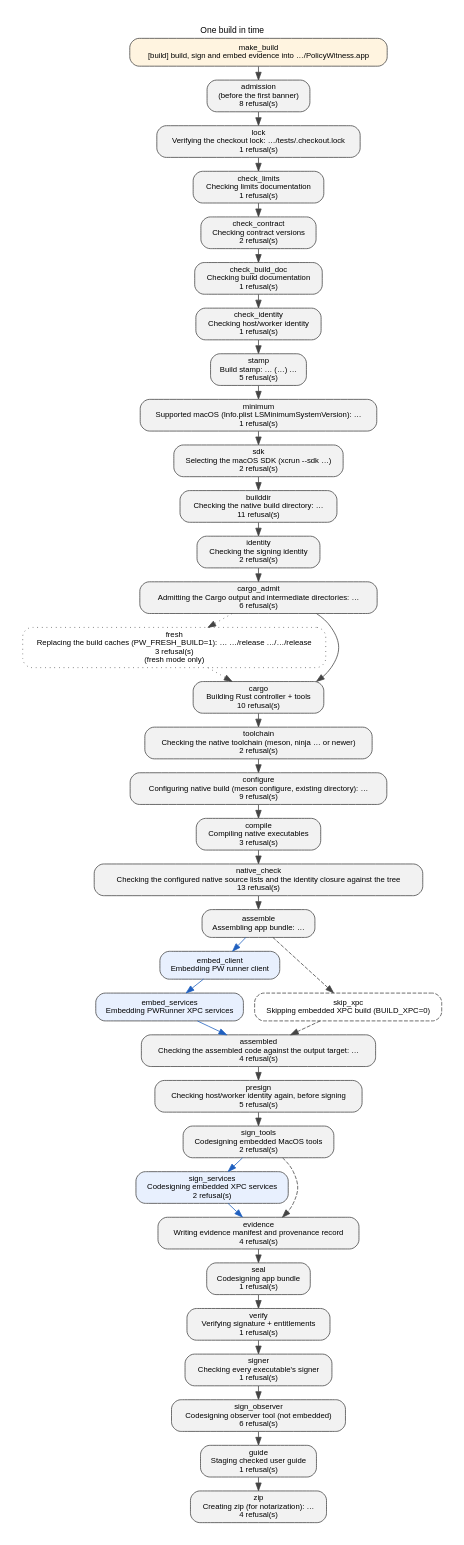
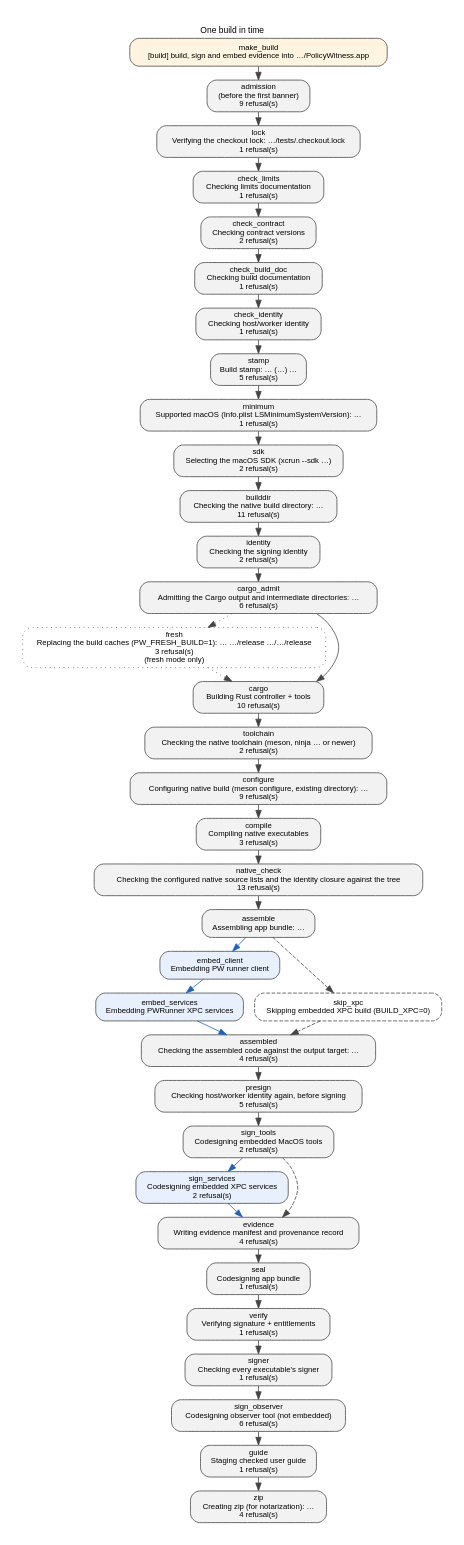
The diagram in docs/build-steps.dot (Protonk/PolicyWitness), drawn with Graphviz before and after one commit. The commit also changed 70 other files, not shown here.

```diff
--- a/docs/build-steps.dot
+++ b/docs/build-steps.dot
@@ -2,8 +2,8 @@
     graph [rankdir=TB, bgcolor="white", fontname="Helvetica", fontsize=11, label="One build in time", labelloc=t, pad=0.3, nodesep=0.2, ranksep=0.25];
     node [fontname="Helvetica", fontsize=10, shape=box, style="rounded,filled", fillcolor="#f2f2f2", color="#444444"];
     edge [fontname="Helvetica", fontsize=9, color="#444444"];
-    make_build [label="make_build\n[build] build, sign and embed evidence into …/PolicyWitness.app", URL="BUILD.md#one-build-in-time", tooltip="make_build: reads IDENTITY, DIST_DIR and, when the caller set it, PW_FRESH_BUILD from the make command line or environment; every nonempty SDKROOT, inherited or supplied on the command line, is validated by sdk_guard.sh while parsing the Makefile before any recipe; writes nothing; runs build.sh with them", fillcolor="#fff4e0"];
-    admission [label="admission\n(before the first banner)\n8 refusal(s)", URL="BUILD.md#one-build-in-time", tooltip="admission: reads BUILD_XPC, PW_INSPECTION, PW_FRESH_BUILD and the argument list (--help prints the usage and exits before any check, after the knobs are validated); whether each tracked input the build copies exists; the developer directory xcode-select reports under DEVELOPER_DIR, whose usr/bin/python3 must be executable, resolved again by the shell front end and by the script under the owner; without a claim in the environment, the caller's SDKROOT, CPATH, LIBRARY_PATH, MANPATH and LC_CTYPE, witnessed by the shell front end's builtins, and tests/.checkout.lock, which the owner it starts directly takes before supervising the script again under it; every nonempty caller SDKROOT must resolve through xcrun to an existing SDK directory with a numeric version before the lock front end or any developer-tool shim starts; writes the owner record in tests/.checkout.lock (pid, start time, acquisition nonce and admission socket identity) for as long as the owner and its protected children hold it; nothing else"];
+    make_build [label="make_build\n[build] build, sign and embed evidence into …/PolicyWitness.app", URL="BUILD.md#one-build-in-time", tooltip="make_build: reads IDENTITY, DIST_DIR and, when the caller set it, PW_FRESH_BUILD from the make command line or environment; every nonempty SDKROOT, inherited or supplied on the command line, is validated by sdk_guard.sh while parsing the Makefile before any recipe. /usr/bin/make is itself a developer-tool shim and that SDK check runs xcrun, both before build.sh and its native builder check, and both run translated when make does; writes nothing; runs build.sh with them, which a translated make starts translated", fillcolor="#fff4e0"];
+    admission [label="admission\n(before the first banner)\n9 refusal(s)", URL="BUILD.md#one-build-in-time", tooltip="admission: reads hw.optional.arm64 and sysctl.proc_translated, each read by /usr/sbin/sysctl from the script's own shell before anything else runs (--help included): the build proceeds only on 1 and 0, and an empty value or a failed probe refuses; then BUILD_XPC, PW_INSPECTION, PW_FRESH_BUILD and the argument list (--help prints the usage and exits after the knobs are validated, before any other check); whether each tracked input the build copies exists; the developer directory xcode-select reports under DEVELOPER_DIR, whose usr/bin/python3 must be executable, resolved again by the shell front end and by the script under the owner; without a claim in the environment, the caller's SDKROOT, CPATH, LIBRARY_PATH, MANPATH and LC_CTYPE, witnessed by the shell front end's builtins, and tests/.checkout.lock, which the owner it starts directly takes before supervising the script again under it; every nonempty caller SDKROOT must resolve through xcrun to an existing SDK directory with a numeric version before the lock front end or any developer-tool shim starts; writes the owner record in tests/.checkout.lock (pid, start time, acquisition nonce and admission socket identity) for as long as the owner and its protected children hold it; nothing else"];
     lock [label="lock\nVerifying the checkout lock: …/tests/.checkout.lock\n1 refusal(s)", URL="BUILD.md#one-build-in-time", tooltip="lock: reads the channel's socket identity matching the acquisition record and its kernel-reported peer PID matching the acquisition owner and the owner's handoff over the channel the claim names: the held descriptor, open on this checkout's lock file, and the acquisition nonce its owner record carries; never the environment alone; writes nothing"];
     check_limits [label="check_limits\nChecking limits documentation\n1 refusal(s)", URL="BUILD.md#one-build-in-time", tooltip="check_limits: reads docs/limits.json and the documents it renders; writes nothing"];
     check_contract [label="check_contract\nChecking contract versions\n2 refusal(s)", URL="BUILD.md#one-build-in-time", tooltip="check_contract: reads docs/contract.json, docs/architecture.json and their generated copies; writes nothing"];
```
